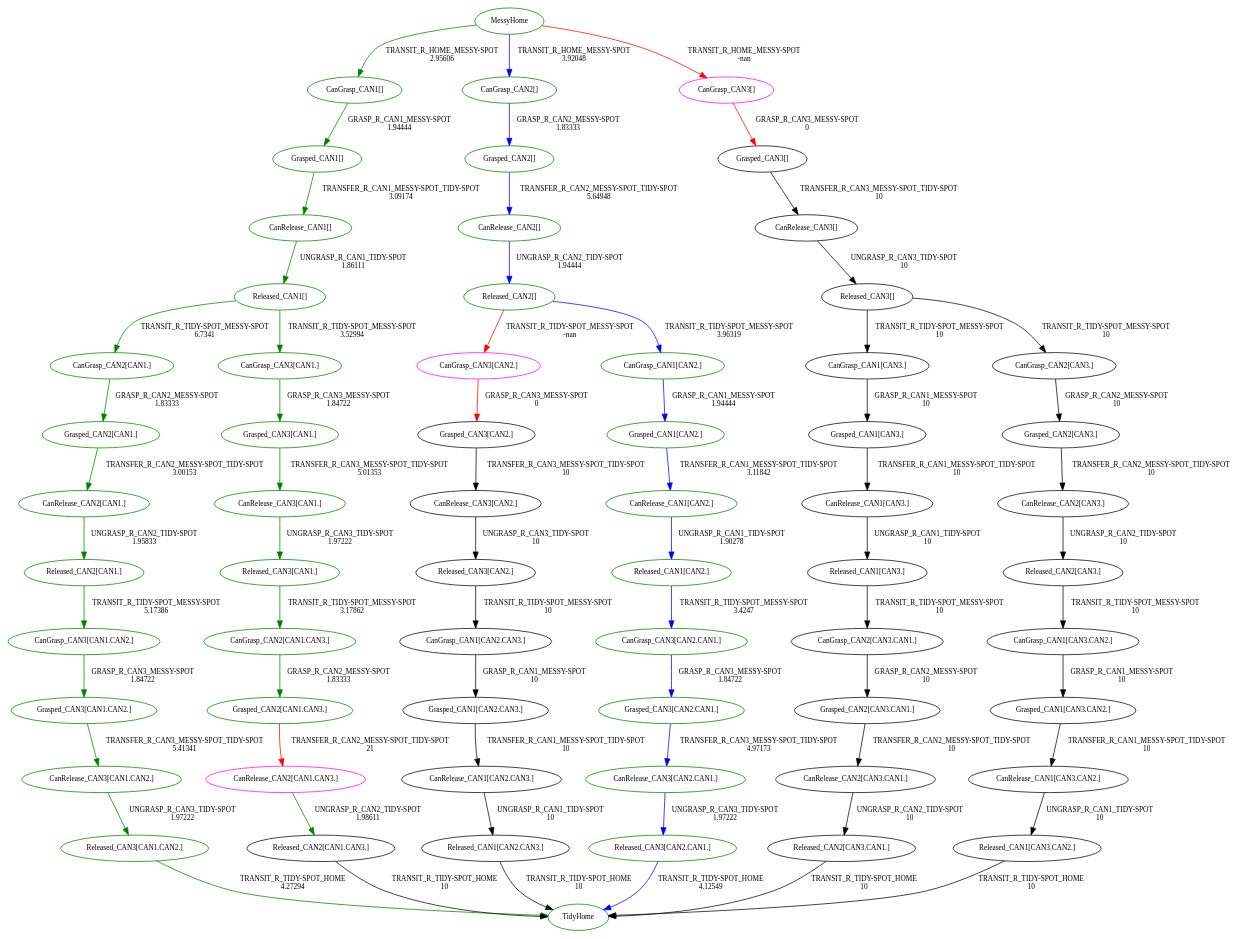
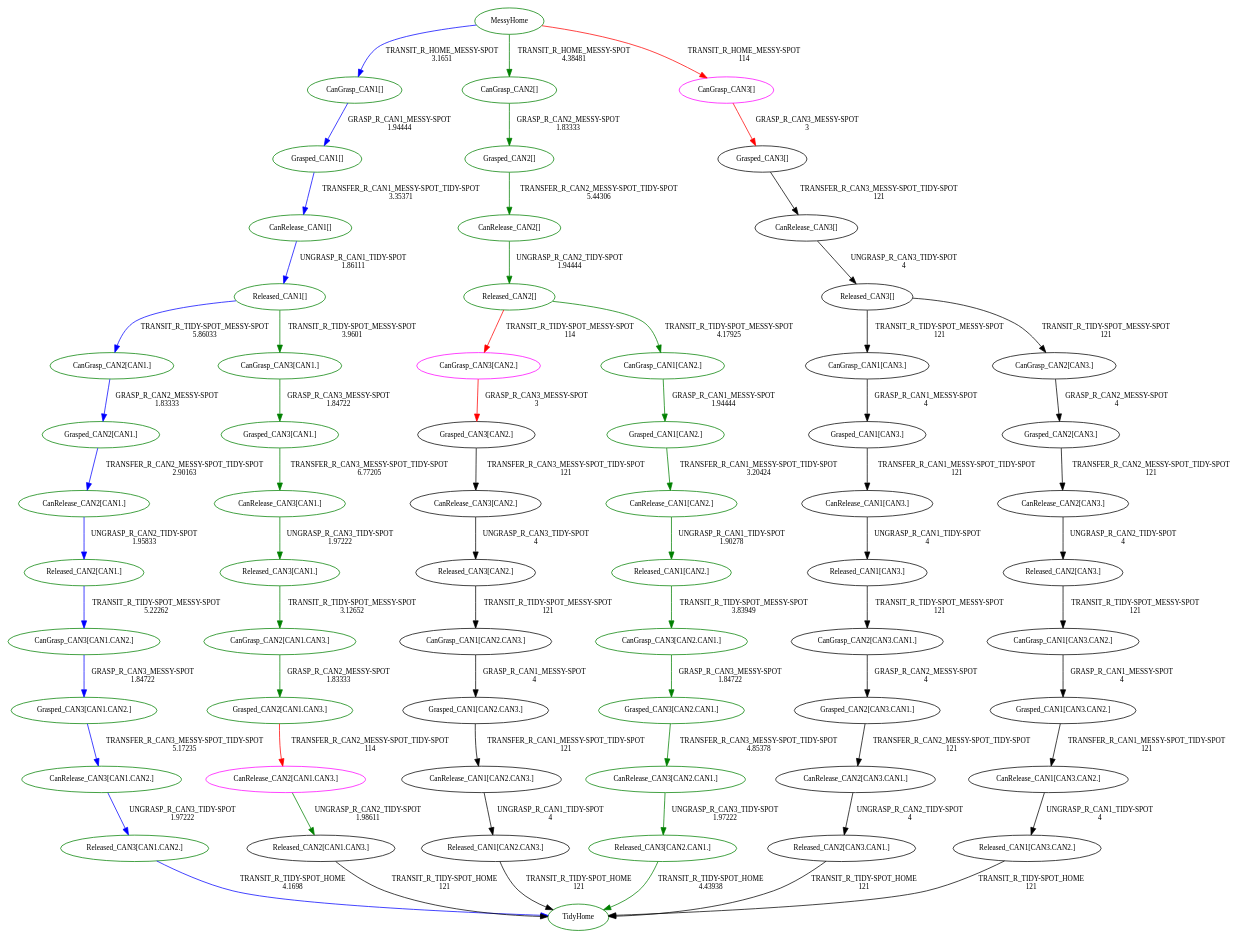
The diagram in planner_manager/tmg/tmg.dot (tttor/hiroken-ros-pkg), drawn with Graphviz before and after one commit. The commit also changed 10 other files, not shown here.

```diff
--- a/planner_manager/tmg/tmg.dot
+++ b/planner_manager/tmg/tmg.dot
@@ -1,130 +1,130 @@
 digraph G {
 0[label="MessyHome",fontsize="10",color="green"];
 1[label="TidyHome",fontsize="10",color="green"];
 2[label="CanGrasp_CAN1[]",fontsize="10",color="green"];
 3[label="Grasped_CAN1[]",fontsize="10",color="green"];
 4[label="CanRelease_CAN1[]",fontsize="10",color="green"];
 5[label="Released_CAN1[]",fontsize="10",color="green"];
 6[label="CanGrasp_CAN2[CAN1.]",fontsize="10",color="green"];
 7[label="Grasped_CAN2[CAN1.]",fontsize="10",color="green"];
 8[label="CanRelease_CAN2[CAN1.]",fontsize="10",color="green"];
 9[label="Released_CAN2[CAN1.]",fontsize="10",color="green"];
 10[label="CanGrasp_CAN3[CAN1.CAN2.]",fontsize="10",color="green"];
 11[label="Grasped_CAN3[CAN1.CAN2.]",fontsize="10",color="green"];
 12[label="CanRelease_CAN3[CAN1.CAN2.]",fontsize="10",color="green"];
 13[label="Released_CAN3[CAN1.CAN2.]",fontsize="10",color="green"];
 14[label="CanGrasp_CAN3[CAN1.]",fontsize="10",color="green"];
 15[label="Grasped_CAN3[CAN1.]",fontsize="10",color="green"];
 16[label="CanRelease_CAN3[CAN1.]",fontsize="10",color="green"];
 17[label="Released_CAN3[CAN1.]",fontsize="10",color="green"];
 18[label="CanGrasp_CAN2[CAN1.CAN3.]",fontsize="10",color="green"];
 19[label="Grasped_CAN2[CAN1.CAN3.]",fontsize="10",color="green"];
 20[label="CanRelease_CAN2[CAN1.CAN3.]",fontsize="10",color="magenta"];
 21[label="Released_CAN2[CAN1.CAN3.]",fontsize="10"];
 22[label="CanGrasp_CAN2[]",fontsize="10",color="green"];
 23[label="Grasped_CAN2[]",fontsize="10",color="green"];
 24[label="CanRelease_CAN2[]",fontsize="10",color="green"];
 25[label="Released_CAN2[]",fontsize="10",color="green"];
 26[label="CanGrasp_CAN3[CAN2.]",fontsize="10",color="magenta"];
 27[label="Grasped_CAN3[CAN2.]",fontsize="10"];
 28[label="CanRelease_CAN3[CAN2.]",fontsize="10"];
 29[label="Released_CAN3[CAN2.]",fontsize="10"];
 30[label="CanGrasp_CAN1[CAN2.CAN3.]",fontsize="10"];
 31[label="Grasped_CAN1[CAN2.CAN3.]",fontsize="10"];
 32[label="CanRelease_CAN1[CAN2.CAN3.]",fontsize="10"];
 33[label="Released_CAN1[CAN2.CAN3.]",fontsize="10"];
 34[label="CanGrasp_CAN1[CAN2.]",fontsize="10",color="green"];
 35[label="Grasped_CAN1[CAN2.]",fontsize="10",color="green"];
 36[label="CanRelease_CAN1[CAN2.]",fontsize="10",color="green"];
 37[label="Released_CAN1[CAN2.]",fontsize="10",color="green"];
 38[label="CanGrasp_CAN3[CAN2.CAN1.]",fontsize="10",color="green"];
 39[label="Grasped_CAN3[CAN2.CAN1.]",fontsize="10",color="green"];
 40[label="CanRelease_CAN3[CAN2.CAN1.]",fontsize="10",color="green"];
 41[label="Released_CAN3[CAN2.CAN1.]",fontsize="10",color="green"];
 42[label="CanGrasp_CAN3[]",fontsize="10",color="magenta"];
 43[label="Grasped_CAN3[]",fontsize="10"];
 44[label="CanRelease_CAN3[]",fontsize="10"];
 45[label="Released_CAN3[]",fontsize="10"];
 46[label="CanGrasp_CAN1[CAN3.]",fontsize="10"];
 47[label="Grasped_CAN1[CAN3.]",fontsize="10"];
 48[label="CanRelease_CAN1[CAN3.]",fontsize="10"];
 49[label="Released_CAN1[CAN3.]",fontsize="10"];
 50[label="CanGrasp_CAN2[CAN3.CAN1.]",fontsize="10"];
 51[label="Grasped_CAN2[CAN3.CAN1.]",fontsize="10"];
 52[label="CanRelease_CAN2[CAN3.CAN1.]",fontsize="10"];
 53[label="Released_CAN2[CAN3.CAN1.]",fontsize="10"];
 54[label="CanGrasp_CAN2[CAN3.]",fontsize="10"];
 55[label="Grasped_CAN2[CAN3.]",fontsize="10"];
 56[label="CanRelease_CAN2[CAN3.]",fontsize="10"];
 57[label="Released_CAN2[CAN3.]",fontsize="10"];
 58[label="CanGrasp_CAN1[CAN3.CAN2.]",fontsize="10"];
 59[label="Grasped_CAN1[CAN3.CAN2.]",fontsize="10"];
 60[label="CanRelease_CAN1[CAN3.CAN2.]",fontsize="10"];
 61[label="Released_CAN1[CAN3.CAN2.]",fontsize="10"];
-0->2 [label="TRANSIT_R_HOME_MESSY-SPOT\n2.95606",fontsize="10",color="green"];
-2->3 [label="GRASP_R_CAN1_MESSY-SPOT\n1.94444",fontsize="10",color="green"];
-3->4 [label="TRANSFER_R_CAN1_MESSY-SPOT_TIDY-SPOT\n3.09174",fontsize="10",color="green"];
-4->5 [label="UNGRASP_R_CAN1_TIDY-SPOT\n1.86111",fontsize="10",color="green"];
-5->6 [label="TRANSIT_R_TIDY-SPOT_MESSY-SPOT\n6.7341",fontsize="10",color="green"];
-6->7 [label="GRASP_R_CAN2_MESSY-SPOT\n1.83333",fontsize="10",color="green"];
-7->8 [label="TRANSFER_R_CAN2_MESSY-SPOT_TIDY-SPOT\n3.00153",fontsize="10",color="green"];
-8->9 [label="UNGRASP_R_CAN2_TIDY-SPOT\n1.95833",fontsize="10",color="green"];
-9->10 [label="TRANSIT_R_TIDY-SPOT_MESSY-SPOT\n5.17386",fontsize="10",color="green"];
-10->11 [label="GRASP_R_CAN3_MESSY-SPOT\n1.84722",fontsize="10",color="green"];
-11->12 [label="TRANSFER_R_CAN3_MESSY-SPOT_TIDY-SPOT\n5.41341",fontsize="10",color="green"];
-12->13 [label="UNGRASP_R_CAN3_TIDY-SPOT\n1.97222",fontsize="10",color="green"];
-13->1 [label="TRANSIT_R_TIDY-SPOT_HOME\n4.27294",fontsize="10",color="green"];
-5->14 [label="TRANSIT_R_TIDY-SPOT_MESSY-SPOT\n3.52994",fontsize="10",color="green"];
+0->2 [label="TRANSIT_R_HOME_MESSY-SPOT\n3.1651",fontsize="10",color="blue"];
+2->3 [label="GRASP_R_CAN1_MESSY-SPOT\n1.94444",fontsize="10",color="blue"];
+3->4 [label="TRANSFER_R_CAN1_MESSY-SPOT_TIDY-SPOT\n3.35371",fontsize="10",color="blue"];
+4->5 [label="UNGRASP_R_CAN1_TIDY-SPOT\n1.86111",fontsize="10",color="blue"];
+5->6 [label="TRANSIT_R_TIDY-SPOT_MESSY-SPOT\n5.86033",fontsize="10",color="blue"];
+6->7 [label="GRASP_R_CAN2_MESSY-SPOT\n1.83333",fontsize="10",color="blue"];
+7->8 [label="TRANSFER_R_CAN2_MESSY-SPOT_TIDY-SPOT\n2.90163",fontsize="10",color="blue"];
+8->9 [label="UNGRASP_R_CAN2_TIDY-SPOT\n1.95833",fontsize="10",color="blue"];
+9->10 [label="TRANSIT_R_TIDY-SPOT_MESSY-SPOT\n5.22262",fontsize="10",color="blue"];
+10->11 [label="GRASP_R_CAN3_MESSY-SPOT\n1.84722",fontsize="10",color="blue"];
+11->12 [label="TRANSFER_R_CAN3_MESSY-SPOT_TIDY-SPOT\n5.17235",fontsize="10",color="blue"];
+12->13 [label="UNGRASP_R_CAN3_TIDY-SPOT\n1.97222",fontsize="10",color="blue"];
+13->1 [label="TRANSIT_R_TIDY-SPOT_HOME\n4.1698",fontsize="10",color="blue"];
+5->14 [label="TRANSIT_R_TIDY-SPOT_MESSY-SPOT\n3.9601",fontsize="10",color="green"];
 14->15 [label="GRASP_R_CAN3_MESSY-SPOT\n1.84722",fontsize="10",color="green"];
-15->16 [label="TRANSFER_R_CAN3_MESSY-SPOT_TIDY-SPOT\n5.01353",fontsize="10",color="green"];
+15->16 [label="TRANSFER_R_CAN3_MESSY-SPOT_TIDY-SPOT\n6.77205",fontsize="10",color="green"];
 16->17 [label="UNGRASP_R_CAN3_TIDY-SPOT\n1.97222",fontsize="10",color="green"];
-17->18 [label="TRANSIT_R_TIDY-SPOT_MESSY-SPOT\n3.17862",fontsize="10",color="green"];
+17->18 [label="TRANSIT_R_TIDY-SPOT_MESSY-SPOT\n3.12652",fontsize="10",color="green"];
 18->19 [label="GRASP_R_CAN2_MESSY-SPOT\n1.83333",fontsize="10",color="green"];
-19->20 [label="TRANSFER_R_CAN2_MESSY-SPOT_TIDY-SPOT\n21",fontsize="10",color="red"];
+19->20 [label="TRANSFER_R_CAN2_MESSY-SPOT_TIDY-SPOT\n114",fontsize="10",color="red"];
 20->21 [label="UNGRASP_R_CAN2_TIDY-SPOT\n1.98611",fontsize="10",color="green"];
-21->1 [label="TRANSIT_R_TIDY-SPOT_HOME\n10",fontsize="10"];
-0->22 [label="TRANSIT_R_HOME_MESSY-SPOT\n3.92048",fontsize="10",color="blue"];
-22->23 [label="GRASP_R_CAN2_MESSY-SPOT\n1.83333",fontsize="10",color="blue"];
-23->24 [label="TRANSFER_R_CAN2_MESSY-SPOT_TIDY-SPOT\n5.64948",fontsize="10",color="blue"];
-24->25 [label="UNGRASP_R_CAN2_TIDY-SPOT\n1.94444",fontsize="10",color="blue"];
-25->26 [label="TRANSIT_R_TIDY-SPOT_MESSY-SPOT\n-nan",fontsize="10",color="red"];
-26->27 [label="GRASP_R_CAN3_MESSY-SPOT\n0",fontsize="10",color="red"];
-27->28 [label="TRANSFER_R_CAN3_MESSY-SPOT_TIDY-SPOT\n10",fontsize="10"];
-28->29 [label="UNGRASP_R_CAN3_TIDY-SPOT\n10",fontsize="10"];
-29->30 [label="TRANSIT_R_TIDY-SPOT_MESSY-SPOT\n10",fontsize="10"];
-30->31 [label="GRASP_R_CAN1_MESSY-SPOT\n10",fontsize="10"];
-31->32 [label="TRANSFER_R_CAN1_MESSY-SPOT_TIDY-SPOT\n10",fontsize="10"];
-32->33 [label="UNGRASP_R_CAN1_TIDY-SPOT\n10",fontsize="10"];
-33->1 [label="TRANSIT_R_TIDY-SPOT_HOME\n10",fontsize="10"];
-25->34 [label="TRANSIT_R_TIDY-SPOT_MESSY-SPOT\n3.96319",fontsize="10",color="blue"];
-34->35 [label="GRASP_R_CAN1_MESSY-SPOT\n1.94444",fontsize="10",color="blue"];
-35->36 [label="TRANSFER_R_CAN1_MESSY-SPOT_TIDY-SPOT\n3.11842",fontsize="10",color="blue"];
-36->37 [label="UNGRASP_R_CAN1_TIDY-SPOT\n1.90278",fontsize="10",color="blue"];
-37->38 [label="TRANSIT_R_TIDY-SPOT_MESSY-SPOT\n3.4247",fontsize="10",color="blue"];
-38->39 [label="GRASP_R_CAN3_MESSY-SPOT\n1.84722",fontsize="10",color="blue"];
-39->40 [label="TRANSFER_R_CAN3_MESSY-SPOT_TIDY-SPOT\n4.97173",fontsize="10",color="blue"];
-40->41 [label="UNGRASP_R_CAN3_TIDY-SPOT\n1.97222",fontsize="10",color="blue"];
-41->1 [label="TRANSIT_R_TIDY-SPOT_HOME\n4.12549",fontsize="10",color="blue"];
-0->42 [label="TRANSIT_R_HOME_MESSY-SPOT\n-nan",fontsize="10",color="red"];
-42->43 [label="GRASP_R_CAN3_MESSY-SPOT\n0",fontsize="10",color="red"];
-43->44 [label="TRANSFER_R_CAN3_MESSY-SPOT_TIDY-SPOT\n10",fontsize="10"];
-44->45 [label="UNGRASP_R_CAN3_TIDY-SPOT\n10",fontsize="10"];
-45->46 [label="TRANSIT_R_TIDY-SPOT_MESSY-SPOT\n10",fontsize="10"];
-46->47 [label="GRASP_R_CAN1_MESSY-SPOT\n10",fontsize="10"];
-47->48 [label="TRANSFER_R_CAN1_MESSY-SPOT_TIDY-SPOT\n10",fontsize="10"];
-48->49 [label="UNGRASP_R_CAN1_TIDY-SPOT\n10",fontsize="10"];
-49->50 [label="TRANSIT_R_TIDY-SPOT_MESSY-SPOT\n10",fontsize="10"];
-50->51 [label="GRASP_R_CAN2_MESSY-SPOT\n10",fontsize="10"];
-51->52 [label="TRANSFER_R_CAN2_MESSY-SPOT_TIDY-SPOT\n10",fontsize="10"];
-52->53 [label="UNGRASP_R_CAN2_TIDY-SPOT\n10",fontsize="10"];
-53->1 [label="TRANSIT_R_TIDY-SPOT_HOME\n10",fontsize="10"];
-45->54 [label="TRANSIT_R_TIDY-SPOT_MESSY-SPOT\n10",fontsize="10"];
-54->55 [label="GRASP_R_CAN2_MESSY-SPOT\n10",fontsize="10"];
-55->56 [label="TRANSFER_R_CAN2_MESSY-SPOT_TIDY-SPOT\n10",fontsize="10"];
-56->57 [label="UNGRASP_R_CAN2_TIDY-SPOT\n10",fontsize="10"];
-57->58 [label="TRANSIT_R_TIDY-SPOT_MESSY-SPOT\n10",fontsize="10"];
-58->59 [label="GRASP_R_CAN1_MESSY-SPOT\n10",fontsize="10"];
-59->60 [label="TRANSFER_R_CAN1_MESSY-SPOT_TIDY-SPOT\n10",fontsize="10"];
-60->61 [label="UNGRASP_R_CAN1_TIDY-SPOT\n10",fontsize="10"];
-61->1 [label="TRANSIT_R_TIDY-SPOT_HOME\n10",fontsize="10"];
+21->1 [label="TRANSIT_R_TIDY-SPOT_HOME\n121",fontsize="10"];
+0->22 [label="TRANSIT_R_HOME_MESSY-SPOT\n4.38481",fontsize="10",color="green"];
+22->23 [label="GRASP_R_CAN2_MESSY-SPOT\n1.83333",fontsize="10",color="green"];
+23->24 [label="TRANSFER_R_CAN2_MESSY-SPOT_TIDY-SPOT\n5.44306",fontsize="10",color="green"];
+24->25 [label="UNGRASP_R_CAN2_TIDY-SPOT\n1.94444",fontsize="10",color="green"];
+25->26 [label="TRANSIT_R_TIDY-SPOT_MESSY-SPOT\n114",fontsize="10",color="red"];
+26->27 [label="GRASP_R_CAN3_MESSY-SPOT\n3",fontsize="10",color="red"];
+27->28 [label="TRANSFER_R_CAN3_MESSY-SPOT_TIDY-SPOT\n121",fontsize="10"];
+28->29 [label="UNGRASP_R_CAN3_TIDY-SPOT\n4",fontsize="10"];
+29->30 [label="TRANSIT_R_TIDY-SPOT_MESSY-SPOT\n121",fontsize="10"];
+30->31 [label="GRASP_R_CAN1_MESSY-SPOT\n4",fontsize="10"];
+31->32 [label="TRANSFER_R_CAN1_MESSY-SPOT_TIDY-SPOT\n121",fontsize="10"];
+32->33 [label="UNGRASP_R_CAN1_TIDY-SPOT\n4",fontsize="10"];
+33->1 [label="TRANSIT_R_TIDY-SPOT_HOME\n121",fontsize="10"];
+25->34 [label="TRANSIT_R_TIDY-SPOT_MESSY-SPOT\n4.17925",fontsize="10",color="green"];
+34->35 [label="GRASP_R_CAN1_MESSY-SPOT\n1.94444",fontsize="10",color="green"];
+35->36 [label="TRANSFER_R_CAN1_MESSY-SPOT_TIDY-SPOT\n3.20424",fontsize="10",color="green"];
+36->37 [label="UNGRASP_R_CAN1_TIDY-SPOT\n1.90278",fontsize="10",color="green"];
+37->38 [label="TRANSIT_R_TIDY-SPOT_MESSY-SPOT\n3.83949",fontsize="10",color="green"];
+38->39 [label="GRASP_R_CAN3_MESSY-SPOT\n1.84722",fontsize="10",color="green"];
+39->40 [label="TRANSFER_R_CAN3_MESSY-SPOT_TIDY-SPOT\n4.85378",fontsize="10",color="green"];
+40->41 [label="UNGRASP_R_CAN3_TIDY-SPOT\n1.97222",fontsize="10",color="green"];
+41->1 [label="TRANSIT_R_TIDY-SPOT_HOME\n4.43938",fontsize="10",color="green"];
+0->42 [label="TRANSIT_R_HOME_MESSY-SPOT\n114",fontsize="10",color="red"];
+42->43 [label="GRASP_R_CAN3_MESSY-SPOT\n3",fontsize="10",color="red"];
+43->44 [label="TRANSFER_R_CAN3_MESSY-SPOT_TIDY-SPOT\n121",fontsize="10"];
+44->45 [label="UNGRASP_R_CAN3_TIDY-SPOT\n4",fontsize="10"];
+45->46 [label="TRANSIT_R_TIDY-SPOT_MESSY-SPOT\n121",fontsize="10"];
+46->47 [label="GRASP_R_CAN1_MESSY-SPOT\n4",fontsize="10"];
+47->48 [label="TRANSFER_R_CAN1_MESSY-SPOT_TIDY-SPOT\n121",fontsize="10"];
+48->49 [label="UNGRASP_R_CAN1_TIDY-SPOT\n4",fontsize="10"];
+49->50 [label="TRANSIT_R_TIDY-SPOT_MESSY-SPOT\n121",fontsize="10"];
+50->51 [label="GRASP_R_CAN2_MESSY-SPOT\n4",fontsize="10"];
+51->52 [label="TRANSFER_R_CAN2_MESSY-SPOT_TIDY-SPOT\n121",fontsize="10"];
+52->53 [label="UNGRASP_R_CAN2_TIDY-SPOT\n4",fontsize="10"];
+53->1 [label="TRANSIT_R_TIDY-SPOT_HOME\n121",fontsize="10"];
+45->54 [label="TRANSIT_R_TIDY-SPOT_MESSY-SPOT\n121",fontsize="10"];
+54->55 [label="GRASP_R_CAN2_MESSY-SPOT\n4",fontsize="10"];
+55->56 [label="TRANSFER_R_CAN2_MESSY-SPOT_TIDY-SPOT\n121",fontsize="10"];
+56->57 [label="UNGRASP_R_CAN2_TIDY-SPOT\n4",fontsize="10"];
+57->58 [label="TRANSIT_R_TIDY-SPOT_MESSY-SPOT\n121",fontsize="10"];
+58->59 [label="GRASP_R_CAN1_MESSY-SPOT\n4",fontsize="10"];
+59->60 [label="TRANSFER_R_CAN1_MESSY-SPOT_TIDY-SPOT\n121",fontsize="10"];
+60->61 [label="UNGRASP_R_CAN1_TIDY-SPOT\n4",fontsize="10"];
+61->1 [label="TRANSIT_R_TIDY-SPOT_HOME\n121",fontsize="10"];
 }
```
